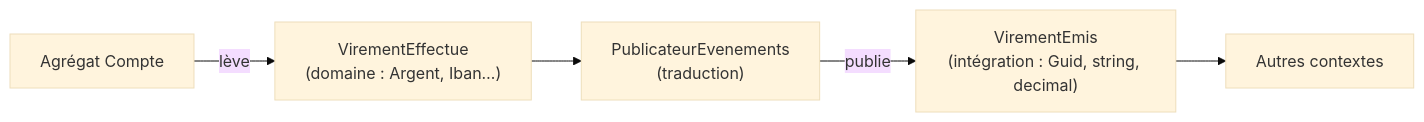
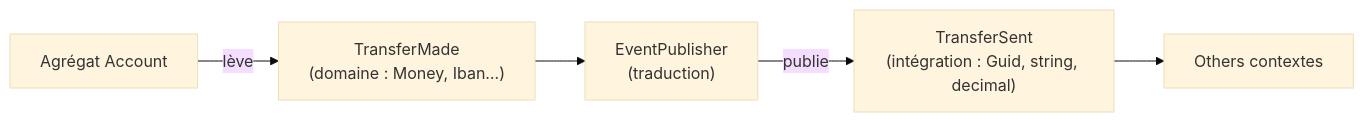
Before and after one commit to drangoht/ArchitecturesDemo: the seventh of 7 diagrams in Docs/concepts-transverses.md, drawn with Mermaid (base theme). The commit also changed other lines of this file and 70 other files, not shown here.

Commit message:
Docs FR : identifiants, liens, diagrammes et sorties alignés sur le code anglais

````diff
--- a/Docs/concepts-transverses.md
+++ b/Docs/concepts-transverses.md
@@ -230,7 +230,7 @@
 ```mermaid
 flowchart LR
-    A["Agrégat Compte"] -->|"lève"| D["VirementEffectue<br/>(domaine : Argent, Iban…)"]
-    D --> T["PublicateurEvenements<br/>(traduction)"]
-    T -->|"publie"| I["VirementEmis<br/>(intégration : Guid, string, decimal)"]
-    I --> C["Autres contextes"]
+    A["Agrégat Account"] -->|"lève"| D["TransferMade<br/>(domaine : Money, Iban…)"]
+    D --> T["EventPublisher<br/>(traduction)"]
+    T -->|"publie"| I["TransferSent<br/>(intégration : Guid, string, decimal)"]
+    I --> C["Others contextes"]
 ```
````
